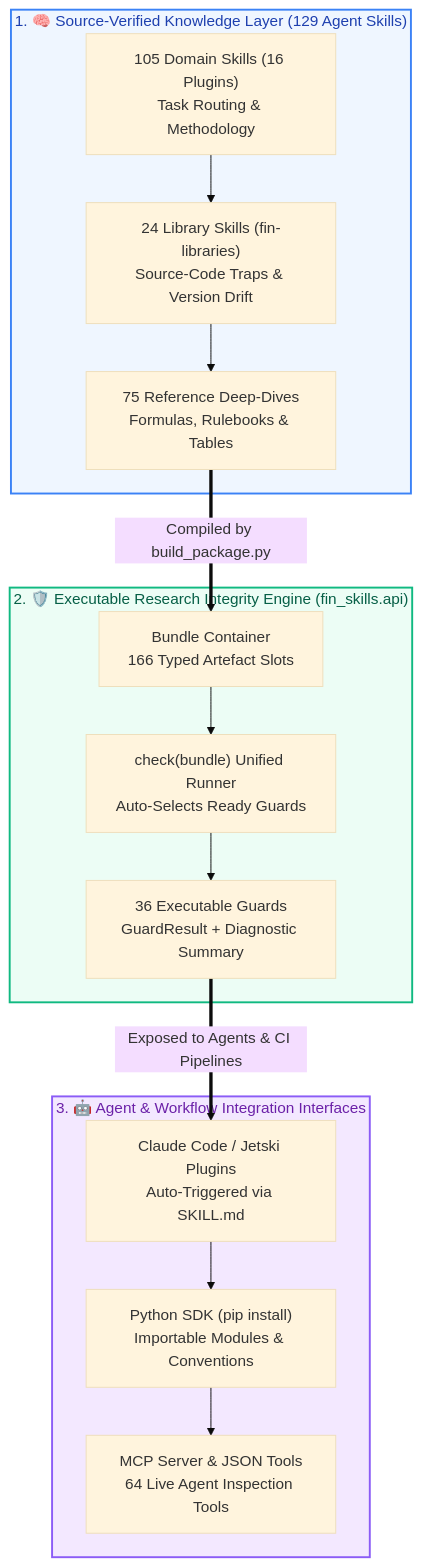
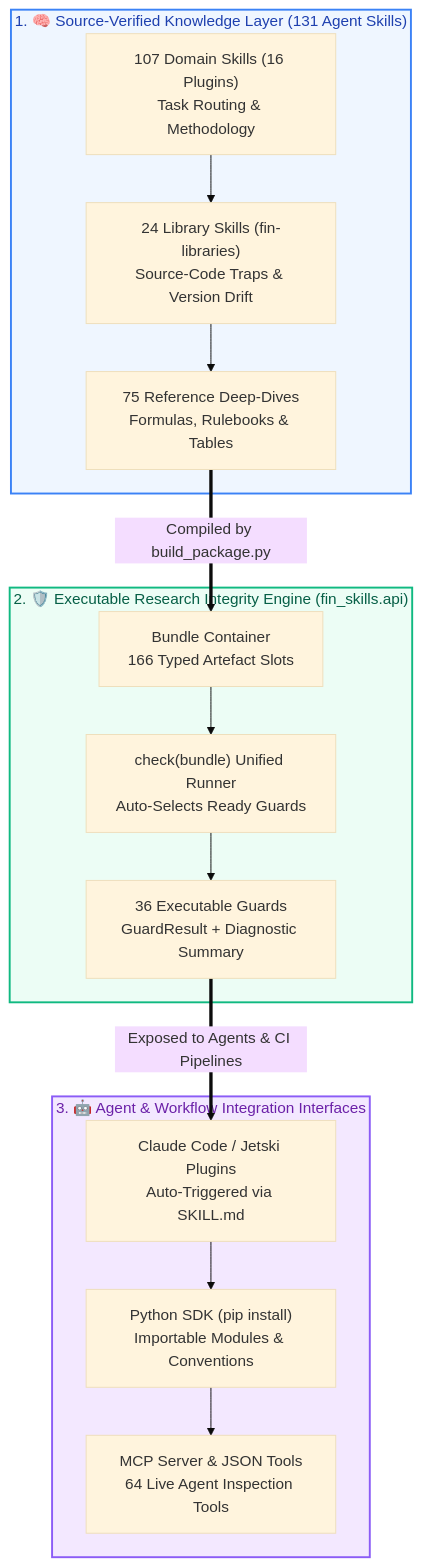
The diagram in README.md (howard-lynn-ye/Fin-RSI), drawn with Mermaid (base theme) before and after one commit. The commit also changed other lines of this file and 21 other files, not shown here.

````diff
--- a/README.md
+++ b/README.md
@@ -76,21 +76,21 @@
 ```mermaid
 flowchart TD
-    subgraph TIER1 ["1. 🧠 Source-Verified Knowledge Layer (129 Agent Skills)"]
-        D1["105 Domain Skills (16 Plugins)<br/>Task Routing & Methodology"] --> D2["24 Library Skills (fin-libraries)<br/>Source-Code Traps & Version Drift"] --> D3["75 Reference Deep-Dives<br/>Formulas, Rulebooks & Tables"]
+    subgraph TIER1 ["1. 🧠 Source-Verified Knowledge Layer (131 Agent Skills)"]
+        D1["107 Domain Skills (16 Plugins)<br/>Task Routing & Methodology"] --> D2["24 Library Skills (fin-libraries)<br/>Source-Code Traps & Version Drift"] --> D3["75 Reference Deep-Dives<br/>Formulas, Rulebooks & Tables"]
     end
 
     subgraph TIER2 ["2. 🛡️ Executable Research Integrity Engine (fin_skills.api)"]
         E1["Bundle Container<br/>166 Typed Artefact Slots"] --> E2["check(bundle) Unified Runner<br/>Auto-Selects Ready Guards"] --> E3["36 Executable Guards<br/>GuardResult + Diagnostic Summary"]
     end
 
     subgraph TIER3 ["3. 🤖 Agent & Workflow Integration Interfaces"]
         I1["Claude Code / Jetski Plugins<br/>Auto-Triggered via SKILL.md"] --> I2["Python SDK (pip install)<br/>Importable Modules & Conventions"] --> I3["MCP Server & JSON Tools<br/>64 Live Agent Inspection Tools"]
     end
 
     D3 ==>|Compiled by build_package.py| E1
     E3 ==>|Exposed to Agents & CI Pipelines| I1
 
     style TIER1 fill:#eff6ff,stroke:#3b82f6,stroke-width:2px,color:#1e40af
     style TIER2 fill:#ecfdf5,stroke:#10b981,stroke-width:2px,color:#065f46
     style TIER3 fill:#f3e8ff,stroke:#8b5cf6,stroke-width:2px,color:#6b21a8
 ```
````
